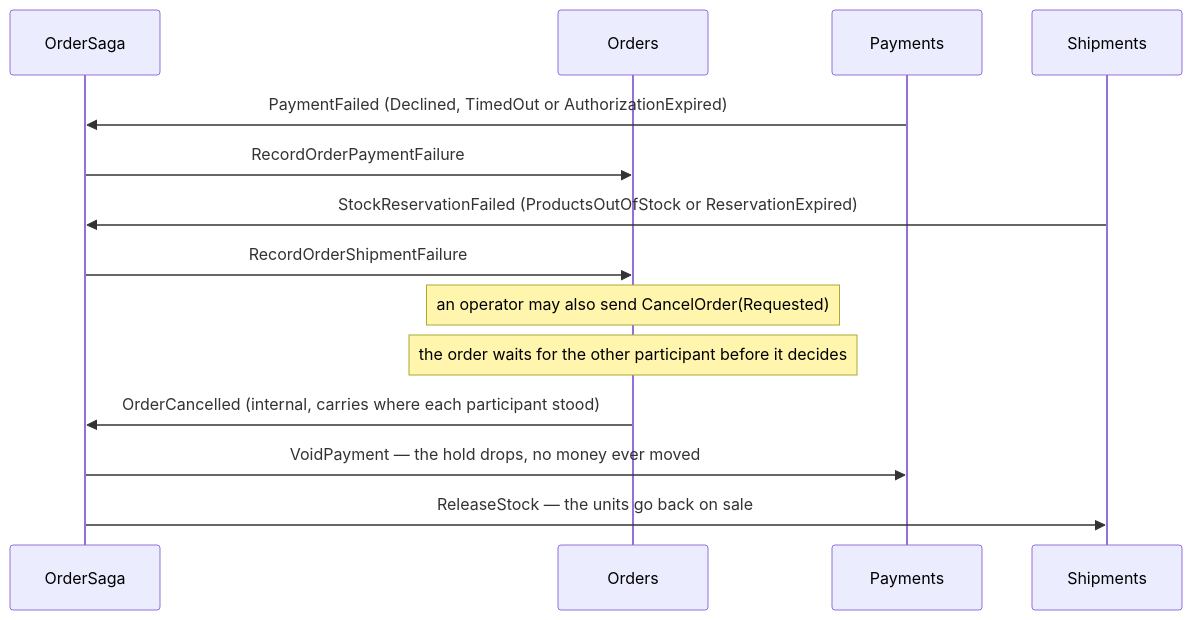
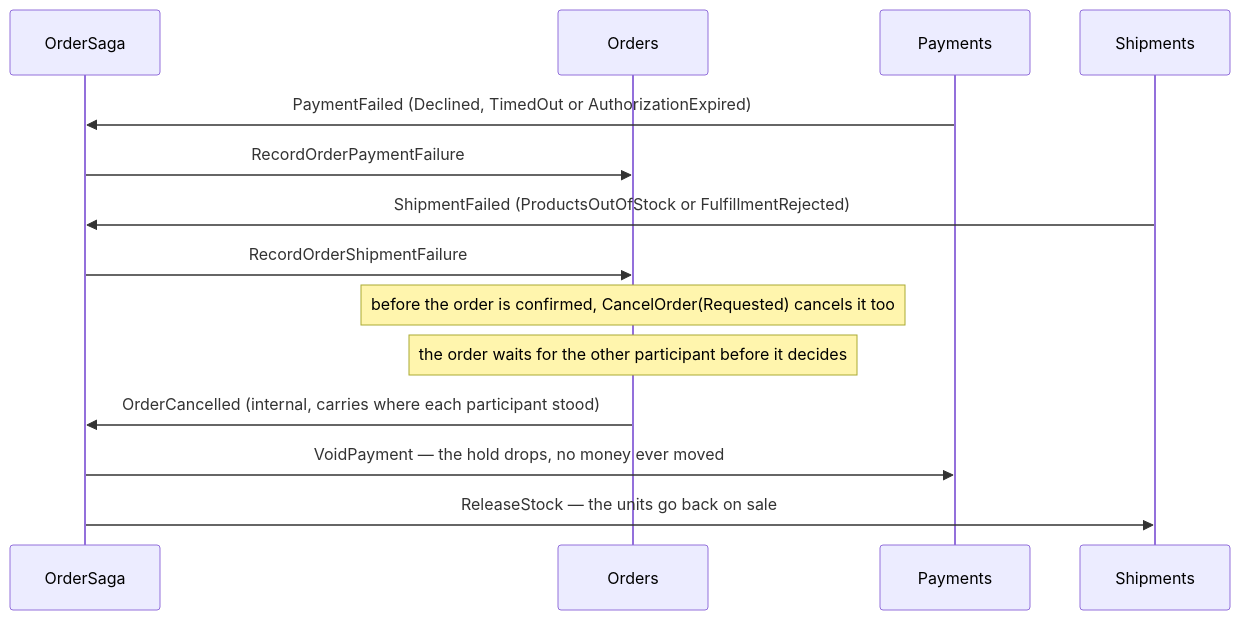
One commit to oskardudycz/EventSourcing.JVM changed the fourth of 4 diagrams in samples/distributed-processes/README.md. Above: the diagram before and after it, drawn with Mermaid. The commit also changed other lines of this file and 115 other files, not shown here.

Commit message:
Refactored the e-commerce flow to be real and use real terms and removed useless external events and data

````diff
--- a/samples/distributed-processes/README.md
+++ b/samples/distributed-processes/README.md
@@ -298,17 +300,17 @@
 ```mermaid
 sequenceDiagram
     participant Process as OrderSaga
     participant Order as Orders
     participant Pay as Payments
     participant Ship as Shipments
 
     Pay->>Process: PaymentFailed (Declined, TimedOut or AuthorizationExpired)
     Process->>Order: RecordOrderPaymentFailure
-    Ship->>Process: StockReservationFailed (ProductsOutOfStock or ReservationExpired)
+    Ship->>Process: ShipmentFailed (ProductsOutOfStock or FulfillmentRejected)
     Process->>Order: RecordOrderShipmentFailure
-    Note over Order: an operator may also send CancelOrder(Requested)
+    Note over Order: before the order is confirmed, CancelOrder(Requested) cancels it too
     Note over Order: the order waits for the other participant before it decides
     Order->>Process: OrderCancelled (internal, carries where each participant stood)
     Process->>Pay: VoidPayment — the hold drops, no money ever moved
     Process->>Ship: ReleaseStock — the units go back on sale
 ```
````
